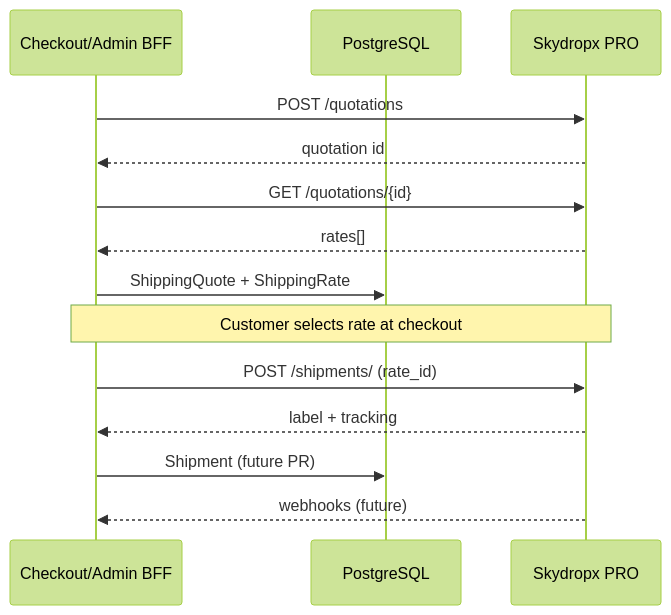
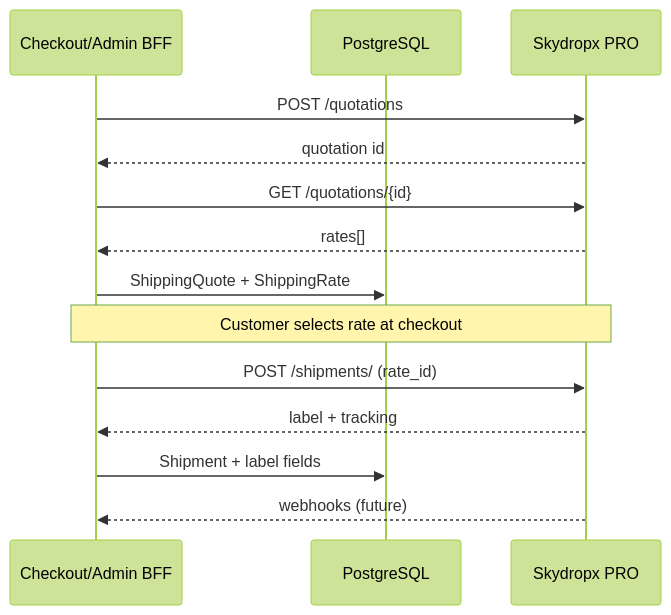
One commit to ChristianENV/chef-room-shop changed the diagram in docs/skydropx.md. Above: the diagram before and after it, drawn with Mermaid (forest theme). The commit also changed other lines of this file and 21 other files, not shown here.

````diff
--- a/docs/skydropx.md
+++ b/docs/skydropx.md
@@ -33,17 +33,17 @@
 ```mermaid
 sequenceDiagram
   participant BFF as Checkout/Admin BFF
   participant DB as PostgreSQL
   participant SP as Skydropx PRO
 
   BFF->>SP: POST /quotations
   SP-->>BFF: quotation id
   BFF->>SP: GET /quotations/{id}
   SP-->>BFF: rates[]
   BFF->>DB: ShippingQuote + ShippingRate
   Note over BFF,SP: Customer selects rate at checkout
   BFF->>SP: POST /shipments/ (rate_id)
   SP-->>BFF: label + tracking
-  BFF->>DB: Shipment (future PR)
+  BFF->>DB: Shipment + label fields
   SP-->>BFF: webhooks (future)
 ```
````
